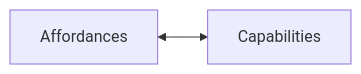
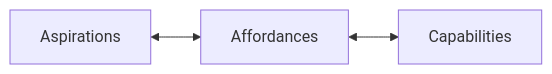
The second of 3 diagrams in manuscript/chapter04.md (sjinko/theory), drawn with Mermaid before and after one commit. The commit also changed other lines of this file, not shown here.

````diff
--- a/manuscript/chapter04.md
+++ b/manuscript/chapter04.md
@@ -85,4 +92,4 @@
 ```mermaid
 graph LR
-  Affordances<-->Capabilities;
+  Aspirations<-->Affordances<-->Capabilities;
 ```
````
